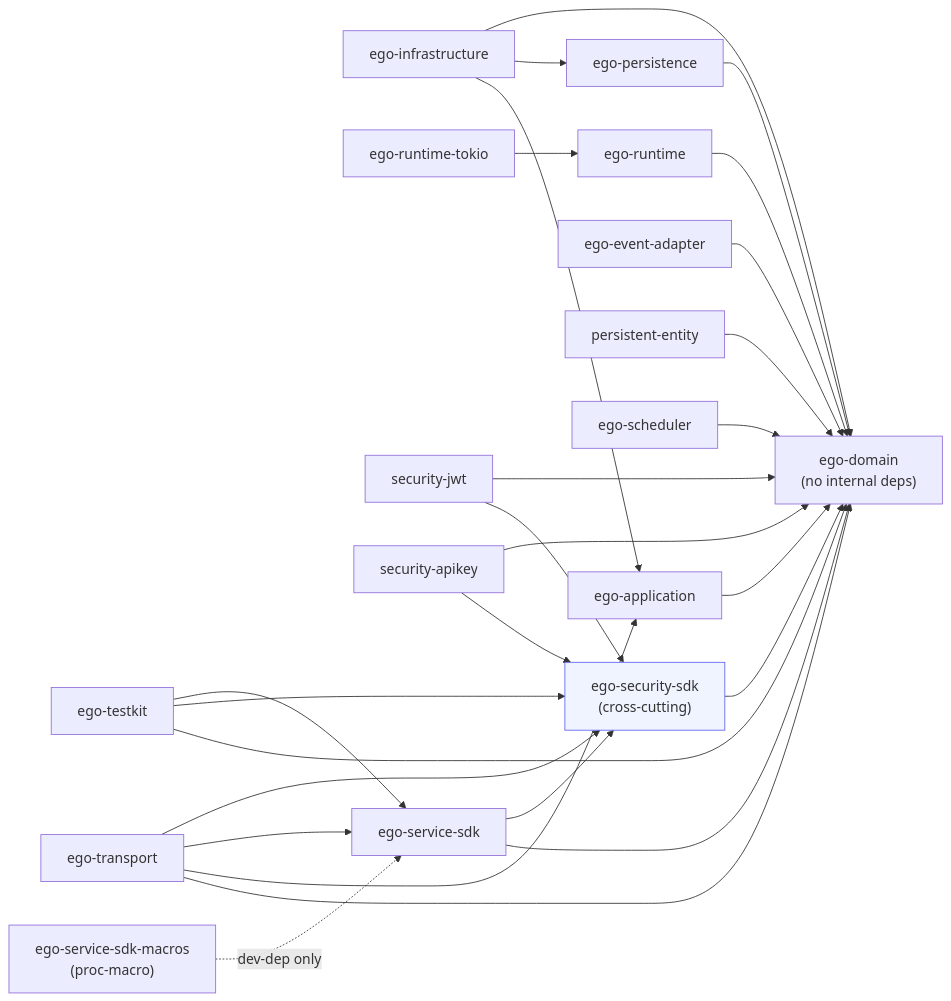
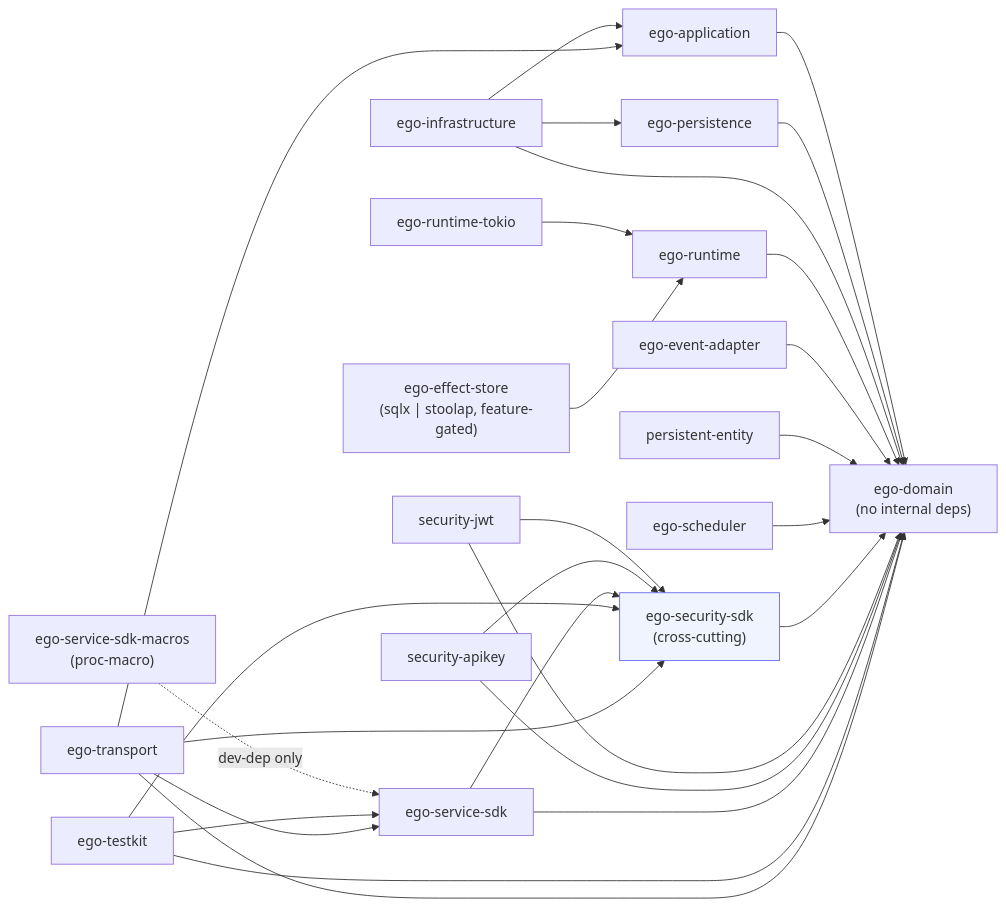
One commit to pablogore/ego-rs changed the first of 5 diagrams in ARCHITECTURE.md. Above: the diagram before and after it, drawn with Mermaid. The commit also changed other lines of this file and 13 other files, not shown here.

````diff
--- a/ARCHITECTURE.md
+++ b/ARCHITECTURE.md
@@ -33,38 +33,39 @@
 ```mermaid
 flowchart LR
     domain["ego-domain<br/>(no internal deps)"]
 
     application["ego-application"] --> domain
     persistence["ego-persistence"] --> domain
     infrastructure["ego-infrastructure"] --> application
     infrastructure --> persistence
     infrastructure --> domain
 
     runtime["ego-runtime"] --> domain
     runtime_tokio["ego-runtime-tokio"] --> runtime
+    effect_store["ego-effect-store<br/>(sqlx | stoolap, feature-gated)"] --> runtime
     event_adapter["ego-event-adapter"] --> domain
     persistent_entity["persistent-entity"] --> domain
     scheduler["ego-scheduler"] --> domain
 
     security_sdk["ego-security-sdk<br/>(cross-cutting)"] --> domain
     security_jwt["security-jwt"] --> security_sdk
     security_jwt --> domain
     security_apikey["security-apikey"] --> security_sdk
     security_apikey --> domain
 
     service_sdk["ego-service-sdk"] --> domain
     service_sdk --> security_sdk
     macros["ego-service-sdk-macros<br/>(proc-macro)"] -.->|dev-dep only| service_sdk
 
     testkit["ego-testkit"] --> domain
     testkit --> security_sdk
     testkit --> service_sdk
 
     transport["ego-transport"] --> domain
     transport --> application
     transport --> service_sdk
     transport --> security_sdk
 
     classDef crosscutting fill:#f0f4ff,stroke:#6366f1
     class security_sdk crosscutting
 ```
````
